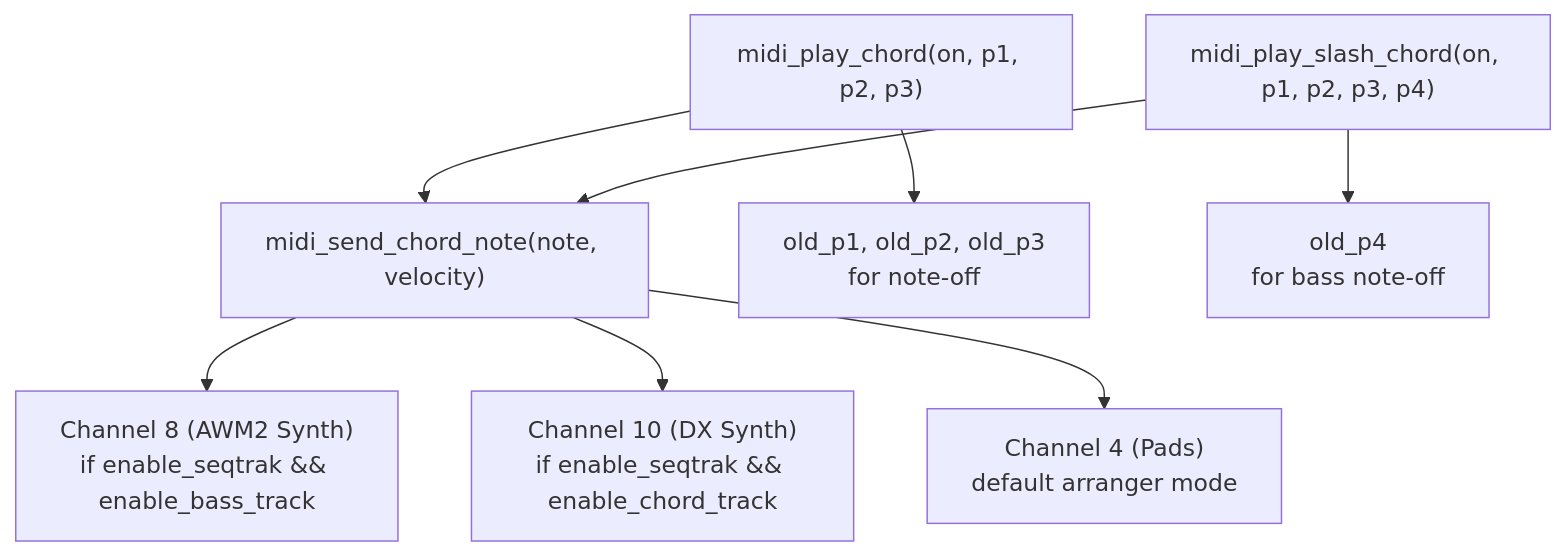
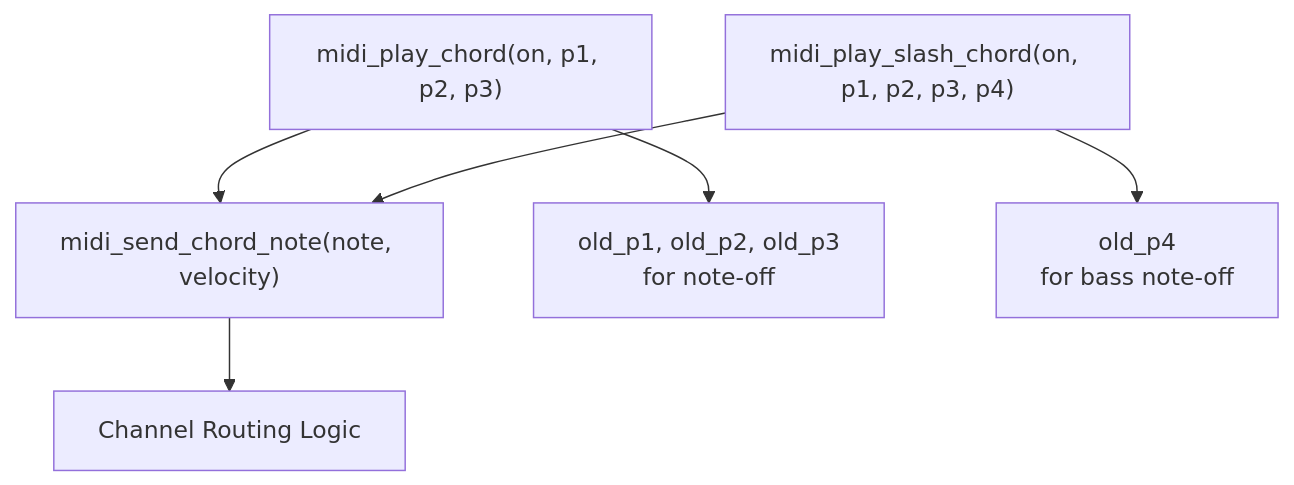
The fourth of 5 diagrams in wiki/6-midi-output-system.md (Jus-Be/orinayo-pico), drawn with Mermaid before and after one commit. The commit also changed other lines of this file and 42 other files, not shown here.

````diff
--- a/wiki/6-midi-output-system.md
+++ b/wiki/6-midi-output-system.md
@@ -181,20 +175,16 @@
 ```mermaid
 flowchart TD
 
 PLAY_CHORD["midi_play_chord(on, p1, p2, p3)"]
 SLASH["midi_play_slash_chord(on, p1, p2, p3, p4)"]
 CHORD_NOTE["midi_send_chord_note(note, velocity)"]
-CH8["Channel 8 (AWM2 Synth)<br>if enable_seqtrak && enable_bass_track"]
-CH10["Channel 10 (DX Synth)<br>if enable_seqtrak && enable_chord_track"]
-CH4["Channel 4 (Pads)<br>default arranger mode"]
+CH_OUT["Channel Routing Logic"]
 OLD_P["old_p1, old_p2, old_p3<br>for note-off"]
 OLD_P4["old_p4<br>for bass note-off"]
 
 PLAY_CHORD --> CHORD_NOTE
 SLASH --> CHORD_NOTE
-CHORD_NOTE --> CH8
-CHORD_NOTE --> CH10
-CHORD_NOTE --> CH4
+CHORD_NOTE --> CH_OUT
 PLAY_CHORD --> OLD_P
 SLASH --> OLD_P4
 ```
````
